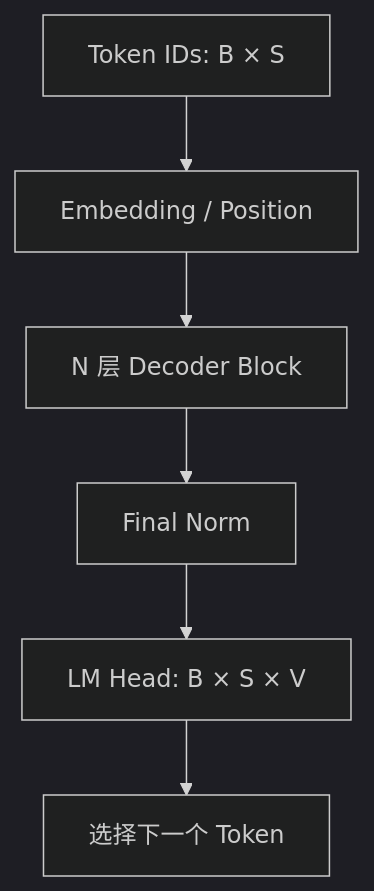
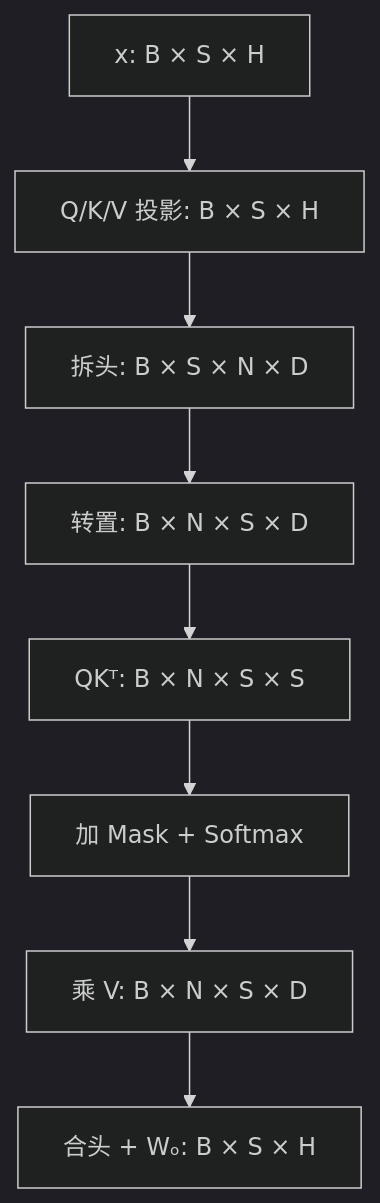
One commit to yywei0323/fa-learning-map changed the second of 2 diagrams in docs/01-llm-basics/02-pytorch-transformer-code-guide.md. Above: the diagram before and after it, drawn with Mermaid (dark theme). The commit also changed other lines of this file, not shown here.

Commit message:
docs: refocus guide on causal and multi-head attention

````diff
--- a/docs/01-llm-basics/02-pytorch-transformer-code-guide.md
+++ b/docs/01-llm-basics/02-pytorch-transformer-code-guide.md
@@ -597,8 +337,10 @@
-```mermaid
+~~~mermaid
 flowchart TD
-    A["Token IDs: B × S"] --> B["Embedding / Position"]
-    B --> C["N 层 Decoder Block"]
-    C --> D["Final Norm"]
-    D --> E["LM Head: B × S × V"]
-    E --> F["选择下一个 Token"]
-```
+    A["x: B × S × H"] --> B["Q/K/V 投影: B × S × H"]
+    B --> C["拆头: B × S × N × D"]
+    C --> D["转置: B × N × S × D"]
+    D --> E["QKᵀ: B × N × S × S"]
+    E --> F["加 Mask + Softmax"]
+    F --> G["乘 V: B × N × S × D"]
+    G --> H["合头 + Wₒ: B × S × H"]
+~~~
````
